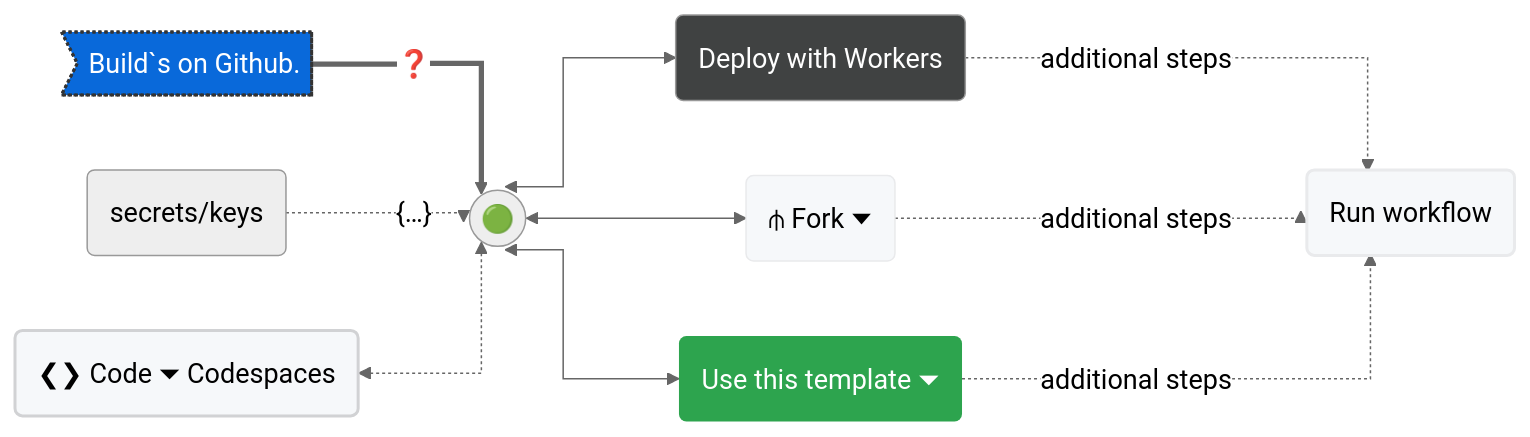
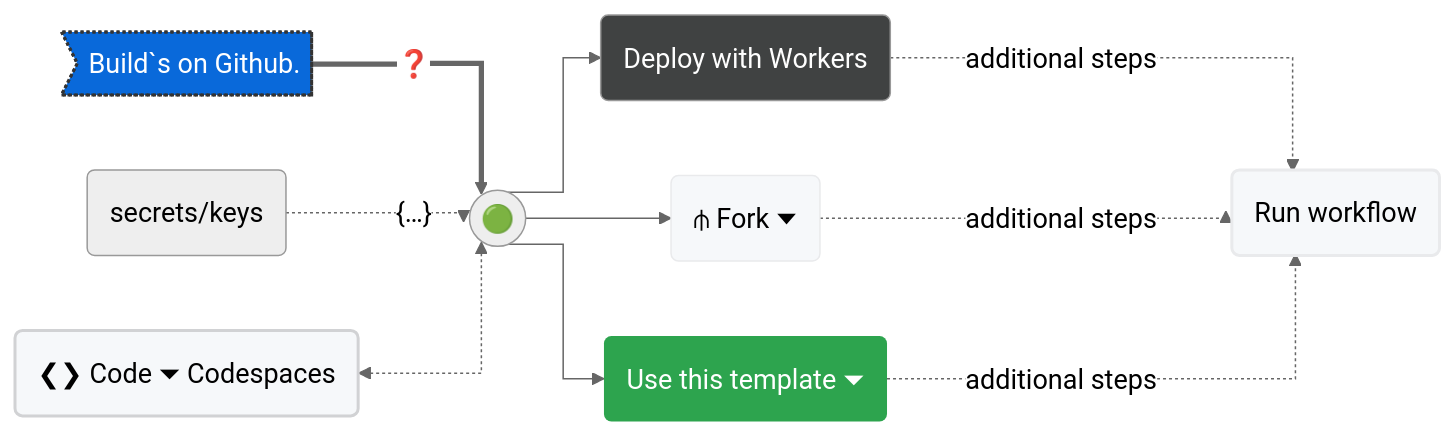
Before and after one commit to milankomaj/dev-badge: the diagram in README.md, drawn with Mermaid.

````diff
--- a/README.md
+++ b/README.md
@@ -12,29 +12,29 @@
 ```mermaid
 %%{init: {'theme': 'neutral', 'themeVariables': { 'fontSize': '18px'}}}%%
 %%{ init: { 'flowchart': { 'curve': 'stepAfter' } } }%%
 flowchart LR
 
 A>Build`s on Github.] ==> |"#10067;"| B
 X("secrets/keys") .->|"{#133;}"|B(("🟢"))
 G("#10094;#10095;  Code #9207; Codespaces") <.-> B(("🟢"))
-B(("🟢")) <---> C("Deploy with Workers")
-B(("🟢")) <---> D("#10971; Fork #9207; ")
-B(("🟢")) <---> E("Use this template #9207;")
+B(("🟢")) --> C("Deploy with Workers")
+B(("🟢")) --> D("#10971; Fork #9207; ")
+B(("🟢")) --> E("Use this template #9207;")
 C & D & E -..-> |"additional steps"| F("Run workflow") 
 
 
 style F fill:#f6f8fa,stroke:#333,stroke-width:2px
 style C fill:#404242,color:#fefefe
 style D fill:#f6f8fa,stroke:#e9eaec
 style E fill:#2da44e,stroke-width:0px,color:#ffffff
 style F fill:#f6f8fa,stroke:#e9eaec
 style G fill:#f6f8fa,stroke:#d1d2d4,stroke-width:2px
 style A fill:#0969da,stroke:#333,stroke-width:2px,color:#fff,stroke-dasharray: 2 2
 
 click A "https://github.com/milankomaj/dev-badge"
 click D "https://github.com/milankomaj/dev-badge/fork"
 click E "https://github.com/milankomaj/dev-badge/generate"
 click G "https://github.com/codespaces"
 
 
 ```
````
